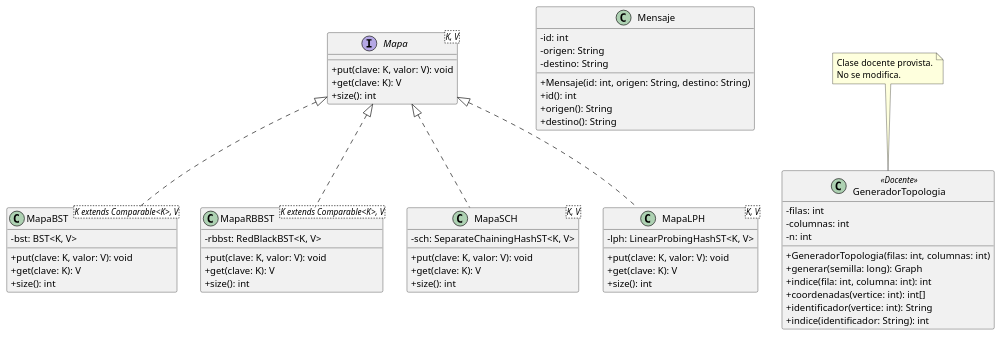
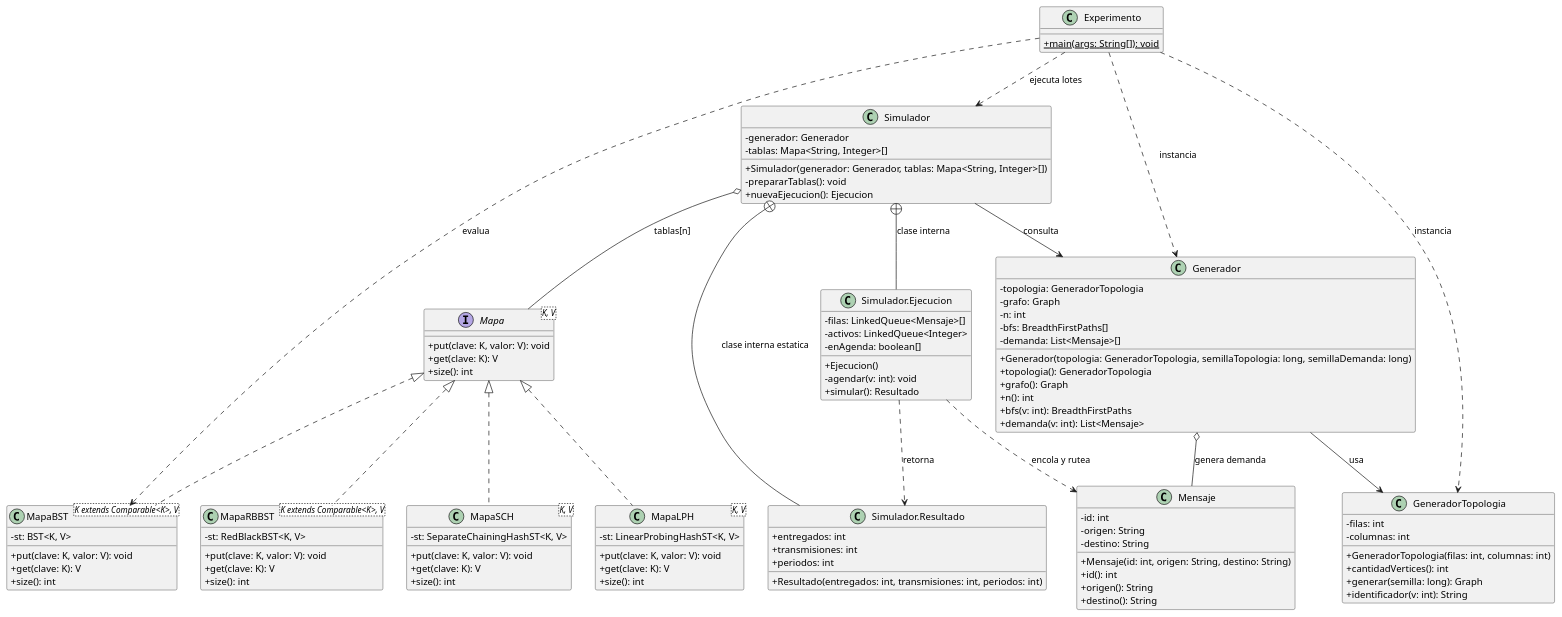
One commit to CarlosGarcia-maker/EDA-lab3 changed the diagram in diseño.puml. Above: the diagram before and after it, drawn with PlantUML.

Commit message:
Actualizar diseño.puml con clases Simulador, Generador y Experimento

```diff
--- a/diseño.puml
+++ b/diseño.puml
@@ -1,65 +1,116 @@
-@startuml diseno
+@startuml
 skinparam classAttributeIconSize 0
 
 interface Mapa<K, V> {
-    + put(clave: K, valor: V): void
-    + get(clave: K): V
-    + size(): int
+  + put(clave: K, valor: V): void
+  + get(clave: K): V
+  + size(): int
 }
 
-class MapaBST<K extends Comparable<K>, V> implements Mapa {
-    - bst: BST<K, V>
-    + put(clave: K, valor: V): void
-    + get(clave: K): V
-    + size(): int
+class MapaBST<K extends Comparable<K>, V> {
+  - st: BST<K, V>
+  + put(clave: K, valor: V): void
+  + get(clave: K): V
+  + size(): int
 }
 
-class MapaRBBST<K extends Comparable<K>, V> implements Mapa {
-    - rbbst: RedBlackBST<K, V>
-    + put(clave: K, valor: V): void
-    + get(clave: K): V
-    + size(): int
+class MapaRBBST<K extends Comparable<K>, V> {
+  - st: RedBlackBST<K, V>
+  + put(clave: K, valor: V): void
+  + get(clave: K): V
+  + size(): int
 }
 
-class MapaSCH<K, V> implements Mapa {
-    - sch: SeparateChainingHashST<K, V>
-    + put(clave: K, valor: V): void
-    + get(clave: K): V
-    + size(): int
+class MapaSCH<K, V> {
+  - st: SeparateChainingHashST<K, V>
+  + put(clave: K, valor: V): void
+  + get(clave: K): V
+  + size(): int
 }
 
-class MapaLPH<K, V> implements Mapa {
-    - lph: LinearProbingHashST<K, V>
-    + put(clave: K, valor: V): void
-    + get(clave: K): V
-    + size(): int
+class MapaLPH<K, V> {
+  - st: LinearProbingHashST<K, V>
+  + put(clave: K, valor: V): void
+  + get(clave: K): V
+  + size(): int
 }
 
 class Mensaje {
-    - id: int
-    - origen: String
-    - destino: String
-    + Mensaje(id: int, origen: String, destino: String)
-    + id(): int
-    + origen(): String
-    + destino(): String
+  - id: int
+  - origen: String
+  - destino: String
+  + Mensaje(id: int, origen: String, destino: String)
+  + id(): int
+  + origen(): String
+  + destino(): String
 }
 
-class GeneradorTopologia <<Docente>> {
-    - filas: int
-    - columnas: int
-    - n: int
-    + GeneradorTopologia(filas: int, columnas: int)
-    + generar(semilla: long): Graph
-    + indice(fila: int, columna: int): int
-    + coordenadas(vertice: int): int[]
-    + identificador(vertice: int): String
-    + indice(identificador: String): int
+class GeneradorTopologia {
+  - filas: int
+  - columnas: int
+  + GeneradorTopologia(filas: int, columnas: int)
+  + cantidadVertices(): int
+  + generar(semilla: long): Graph
+  + identificador(v: int): String
 }
 
-note top of GeneradorTopologia
-  Clase docente provista.
-  No se modifica.
-end note
+class Generador {
+  - topologia: GeneradorTopologia
+  - grafo: Graph
+  - n: int
+  - bfs: BreadthFirstPaths[]
+  - demanda: List<Mensaje>[]
+  + Generador(topologia: GeneradorTopologia, semillaTopologia: long, semillaDemanda: long)
+  + topologia(): GeneradorTopologia
+  + grafo(): Graph
+  + n(): int
+  + bfs(v: int): BreadthFirstPaths
+  + demanda(v: int): List<Mensaje>
+}
 
+class Simulador {
+  - generador: Generador
+  - tablas: Mapa<String, Integer>[]
+  + Simulador(generador: Generador, tablas: Mapa<String, Integer>[])
+  - prepararTablas(): void
+  + nuevaEjecucion(): Ejecucion
+}
+
+class "Simulador.Ejecucion" as Ejecucion {
+  - filas: LinkedQueue<Mensaje>[]
+  - activos: LinkedQueue<Integer>
+  - enAgenda: boolean[]
+  + Ejecucion()
+  - agendar(v: int): void
+  + simular(): Resultado
+}
+
+class "Simulador.Resultado" as Resultado {
+  + entregados: int
+  + transmisiones: int
+  + periodos: int
+  + Resultado(entregados: int, transmisiones: int, periodos: int)
+}
+
+class Experimento {
+  + {static} main(args: String[]): void
+}
+
+Mapa <|.. MapaBST
+Mapa <|.. MapaRBBST
+Mapa <|.. MapaSCH
+Mapa <|.. MapaLPH
+
+Generador --> GeneradorTopologia : usa
+Generador o-- Mensaje : genera demanda
+Simulador --> Generador : consulta
+Simulador o-- Mapa : tablas[n]
+Simulador +-- Ejecucion : clase interna
+Simulador +-- Resultado : clase interna estatica
+Ejecucion ..> Mensaje : encola y rutea
+Ejecucion ..> Resultado : retorna
+Experimento ..> GeneradorTopologia : instancia
+Experimento ..> Generador : instancia
+Experimento ..> Simulador : ejecuta lotes
+Experimento ..> MapaBST : evalua
 @enduml
```
